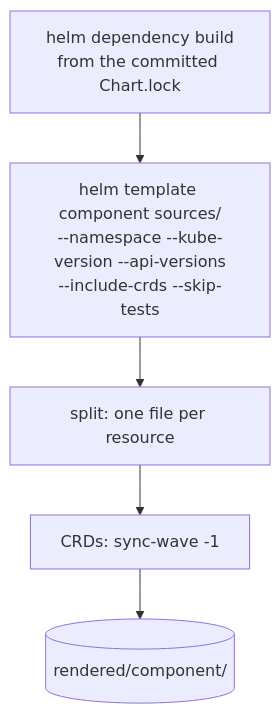
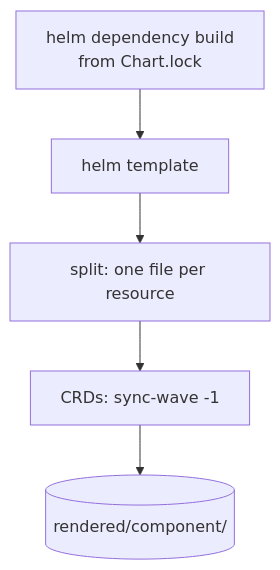
The first of 3 diagrams in docs/reference/gitops-tooling.md (gsuquet/infra), drawn with Mermaid before and after one commit. The commit also changed other lines of this file and 16 other files, not shown here.

````diff
--- a/docs/reference/gitops-tooling.md
+++ b/docs/reference/gitops-tooling.md
@@ -27,7 +27,7 @@
 ```mermaid
 flowchart TB
-    a["helm dependency build<br/>from the committed Chart.lock"] --> b["helm template component sources/<br/>--namespace --kube-version --api-versions<br/>--include-crds --skip-tests"]
+    a["helm dependency build<br/>from Chart.lock"] --> b["helm template"]
     b --> c["split: one file per resource"]
     c --> d["CRDs: sync-wave -1"]
     d --> e[("rendered/component/")]
 ```
````
